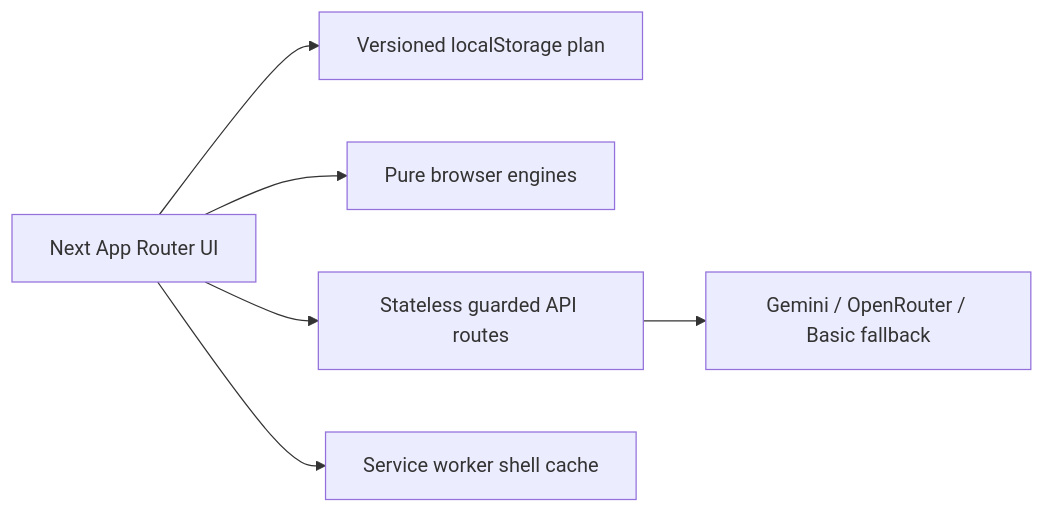
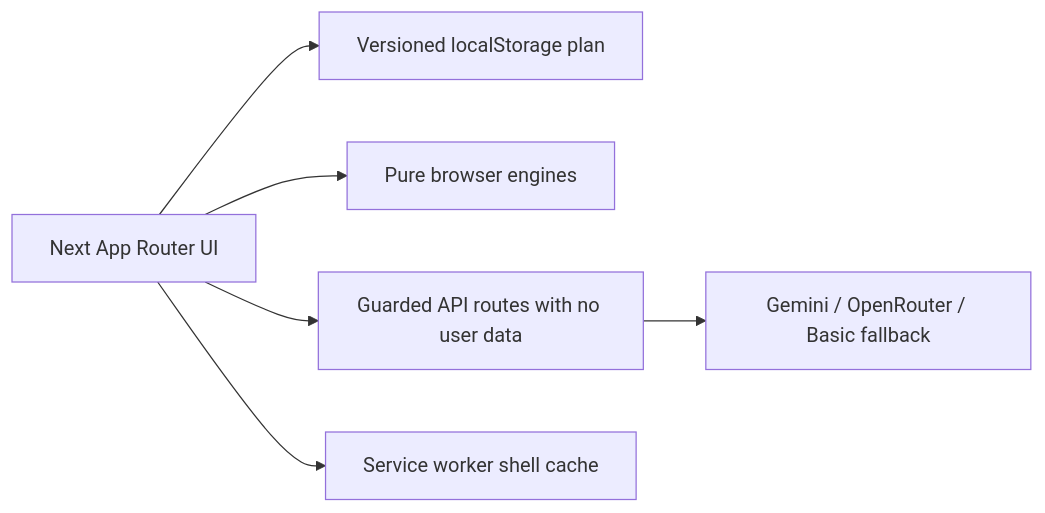
The diagram in README.md (ogMaverick12/gatherly), drawn with Mermaid before and after one commit. The commit also changed other lines of this file and 130 other files, not shown here.

````diff
--- a/README.md
+++ b/README.md
@@ -127,8 +128,8 @@
 ```mermaid
 flowchart LR
   UI[Next App Router UI] --> Store[Versioned localStorage plan]
   UI --> Engines[Pure browser engines]
-  UI --> API[Stateless guarded API routes]
+  UI --> API[Guarded API routes with no user data]
   API --> Providers[Gemini / OpenRouter / Basic fallback]
   UI --> SW[Service worker shell cache]
 ```
````
